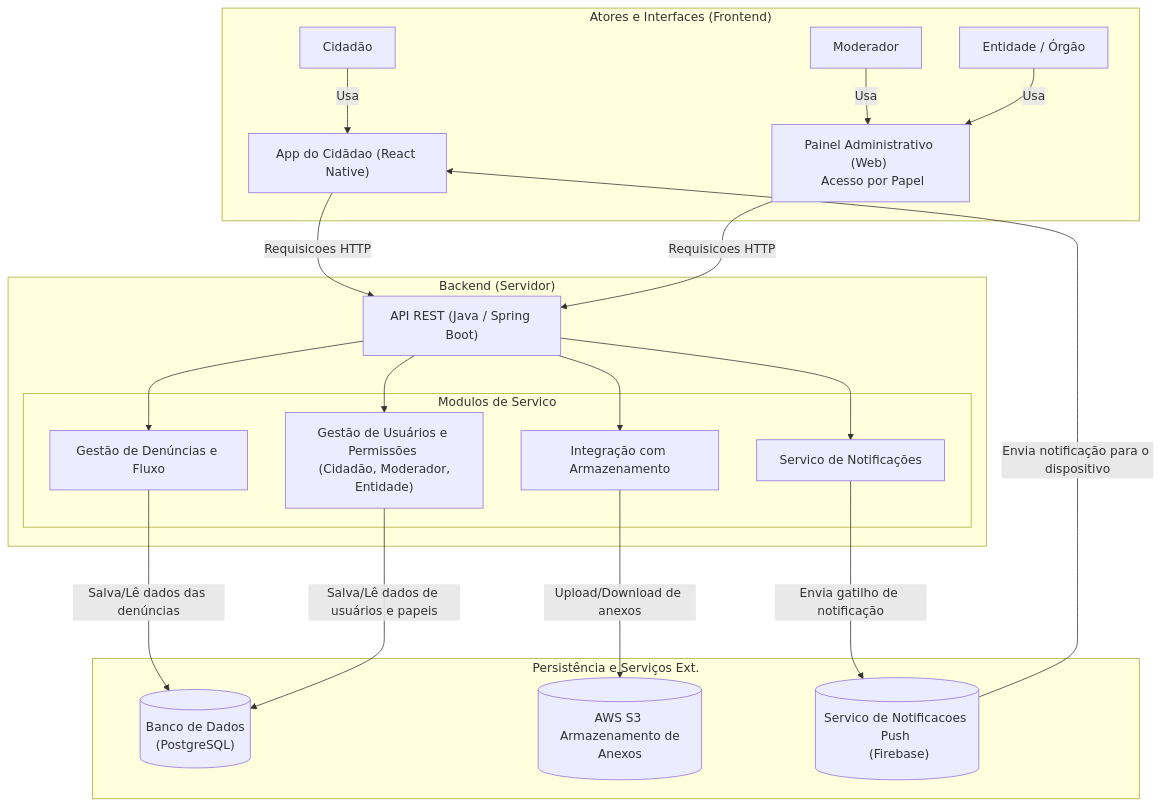
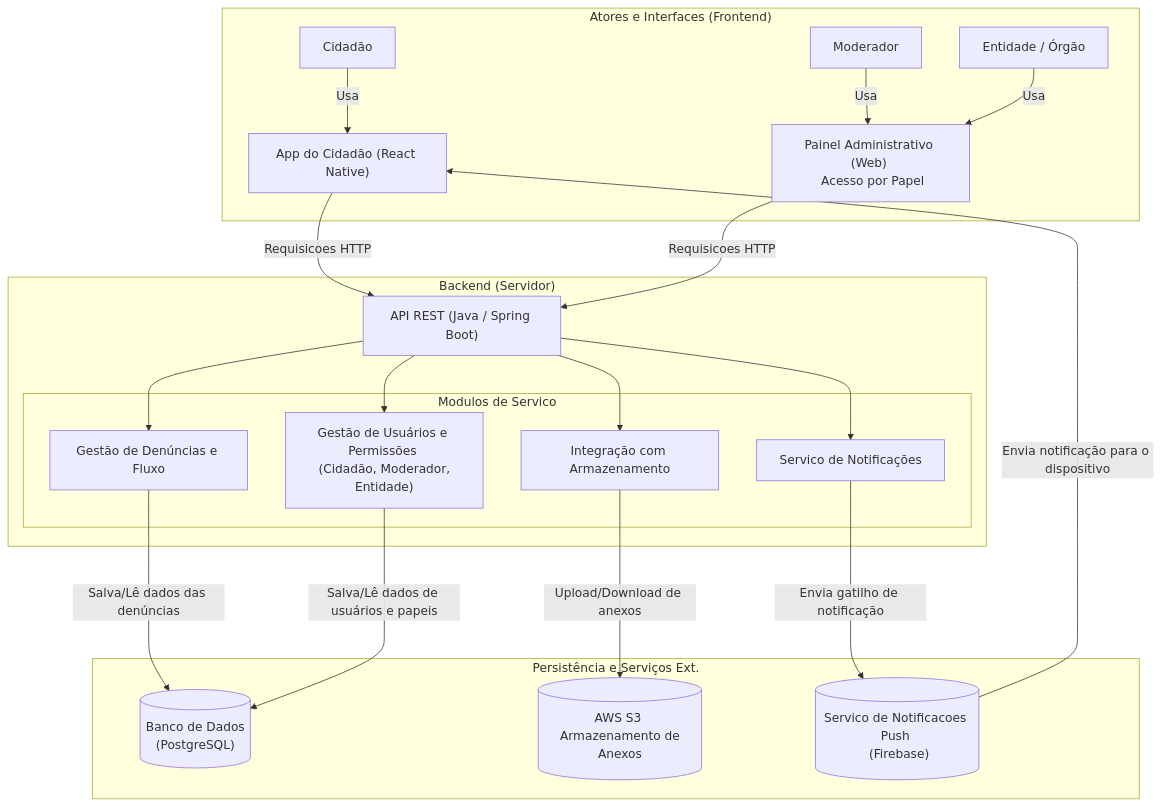
One commit to rafa-alves6/Reclama.se-AOO changed the diagram in Diagramas/architectureDiagram.md. Above: the diagram before and after it, drawn with Mermaid.

````diff
--- a/Diagramas/architectureDiagram.md
+++ b/Diagramas/architectureDiagram.md
@@ -1,40 +1,40 @@
 ```mermaid
 graph TD
     subgraph "Atores e Interfaces (Frontend)"
-        A["Cidadão"] -- "Usa" --> AppCidadao["App do Cidãdao (React Native)"]
+        A["Cidadão"] -- "Usa" --> AppCidadao["App do Cidadão (React Native)"]
         B["Moderador"] -- "Usa" --> PainelAdmin["Painel Administrativo (Web) <br> Acesso por Papel"]
         D["Entidade / Órgão"] -- "Usa" --> PainelAdmin
     end
 
     subgraph "Backend (Servidor)"
         API["API REST (Java / Spring Boot)"]
         
         subgraph "Modulos de Servico"
             S1["Gestão de Denúncias e Fluxo"]
             S2["Gestão de Usuários e Permissões <br> (Cidadão, Moderador, Entidade)"]
             S3["Servico de Notificações"]
             S4["Integração com Armazenamento"]
         end
     end
 
     subgraph "Persistência e Serviços Ext."
         DB[("Banco de Dados <br> (PostgreSQL)")]
         S3Bucket[("AWS S3 <br> Armazenamento de Anexos")]
         PushService[("Servico de Notificacoes Push <br> (Firebase)")]
     end
 
     %% Conexoes
     AppCidadao -- "Requisicoes HTTP" --> API
     PainelAdmin -- "Requisicoes HTTP" --> API
 
     API --> S1 & S2 & S3 & S4
 
     S1 -- "Salva/Lê dados das denúncias" ---> DB
     S2 -- "Salva/Lê dados de usuários e papeis" ---> DB
     
     S4 -- "Upload/Download de anexos" ---> S3Bucket
     
     S3 -- "Envia gatilho de notificação" ---> PushService
 
     PushService -- "Envia notificação para o dispositivo" --> AppCidadao
 ```
````
